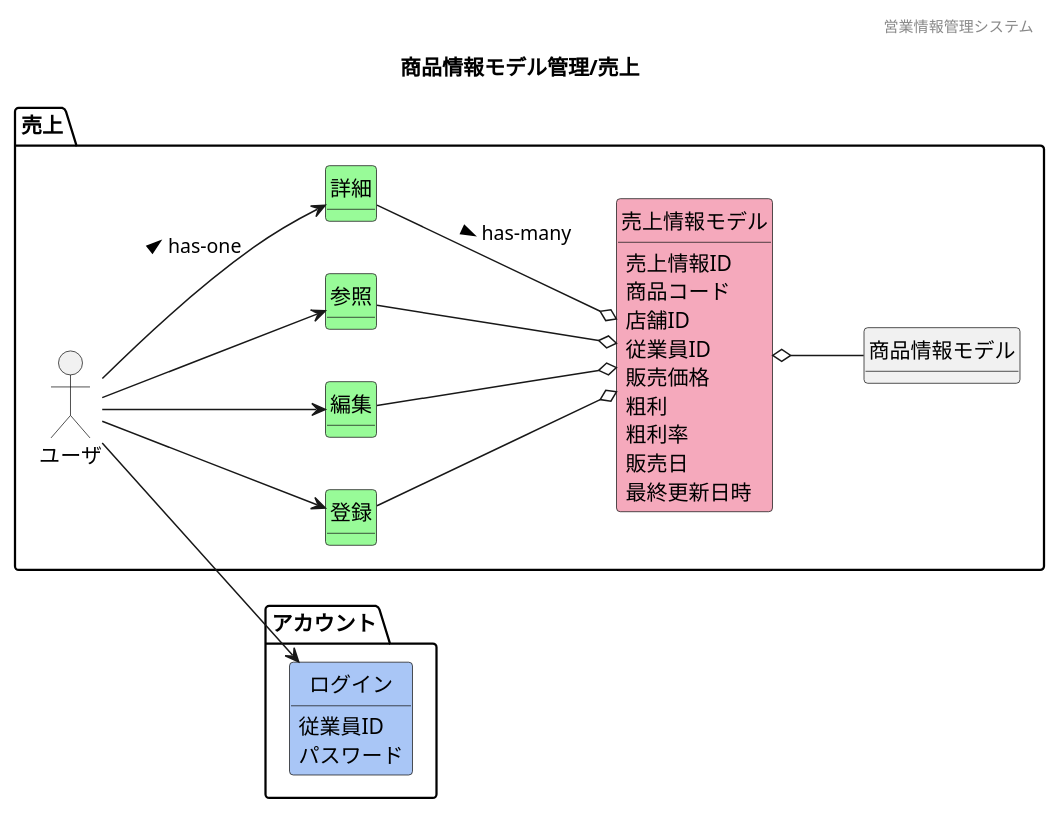
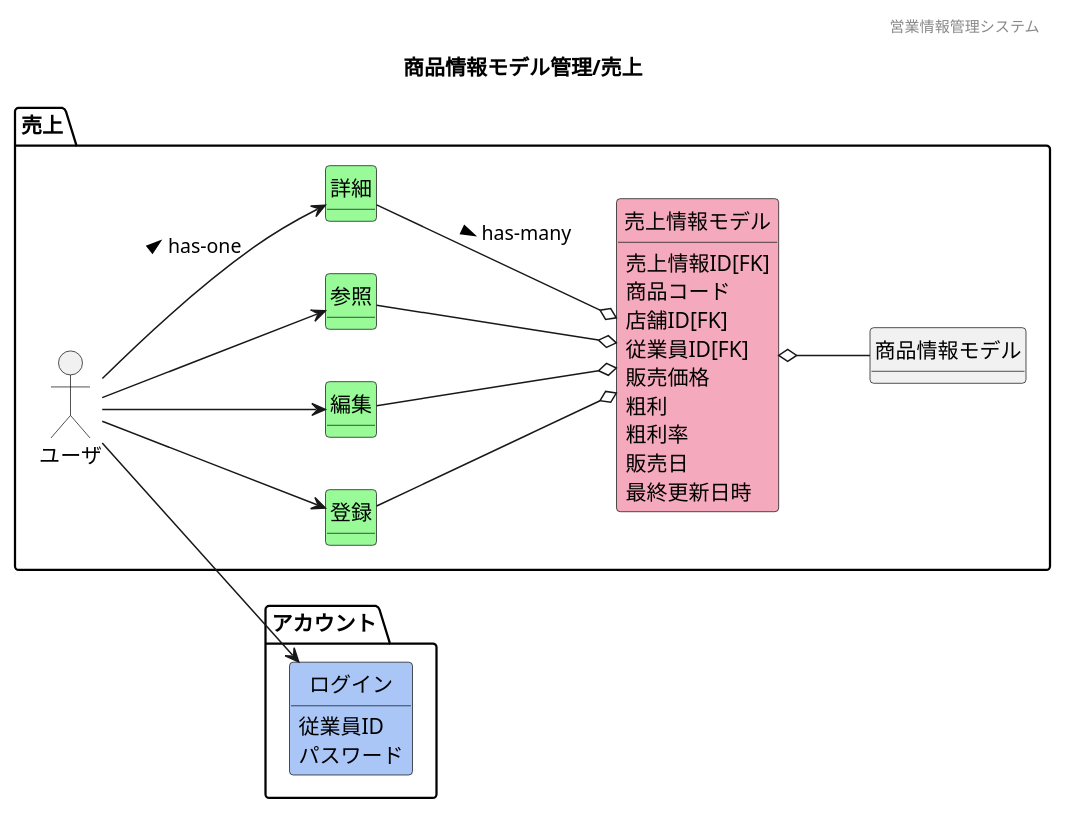
One commit to HaruShim/Sotuken changed the diagram in 各種設計書/1ドメインモデル図/商品情報管理/F11売上.plantuml. Above: the diagram before and after it, drawn with PlantUML. The commit also changed 11 other files, not shown here.

```diff
--- a/各種設計書/1ドメインモデル図/商品情報管理/F11売上.plantuml
+++ b/各種設計書/1ドメインモデル図/商品情報管理/F11売上.plantuml
@@ -1,68 +1,68 @@
 @startuml ../images/商品情報モデル管理/売上
 ' ヘッダー
 header 営業情報管理システム
 ' タイトル
 title 商品情報モデル管理/売上
 ' 
 hide circle
 ' 
 hide method
 left to right direction
 
 package "アカウント"{
     class "ログイン" #A9C6F6
 
 }
 
 package "売上" {
     'ユーザや外部システム
     mix_actor "ユーザ"
     class "登録" #98fb98
     class "編集" #98fb98
     class "参照" #98fb98
     class "詳細" #98fb98
     class "売上情報モデル" #F5A9BC
     class "商品情報モデル"
 }
     ' package "マスタ管理"{
     ' }
     ' class "" #F5A9BC
     ' class "" #ffd700
 
     'モデル同士の関係
     ユーザ --> 参照
     ユーザ --> 登録
     ユーザ --> 編集
     ユーザ --> 詳細 : > has-one
     ユーザ --> ログイン
     参照 --o 売上情報モデル
     登録 --o 売上情報モデル
     編集 --o 売上情報モデル
     詳細 --o 売上情報モデル : > has-many
     売上情報モデル o-- 商品情報モデル
     ' 売上情報モデル o-- マスタ管理
 
     'ドメインクラスの属性
     ' 商品情報モデル : 型番
     ' 商品情報モデル : 商品コード
     ' 商品情報モデル : JANコード
     ' 商品情報モデル : 商品画像
     ' 商品情報モデル : 在庫場所
     ' 商品情報モデル : カテゴリ
     ' 商品情報モデル : 仕入価格
-    売上情報モデル : 売上情報ID
+    売上情報モデル : 売上情報ID[FK]
     売上情報モデル : 商品コード
-    売上情報モデル : 店舗ID
-    売上情報モデル : 従業員ID
+    売上情報モデル : 店舗ID[FK]
+    売上情報モデル : 従業員ID[FK]
     売上情報モデル : 販売価格
     売上情報モデル : 粗利
     売上情報モデル : 粗利率
     売上情報モデル : 販売日
     売上情報モデル : 最終更新日時
     ログイン : 従業員ID
     ログイン : パスワード
 
 
 
 
 @enduml
```
